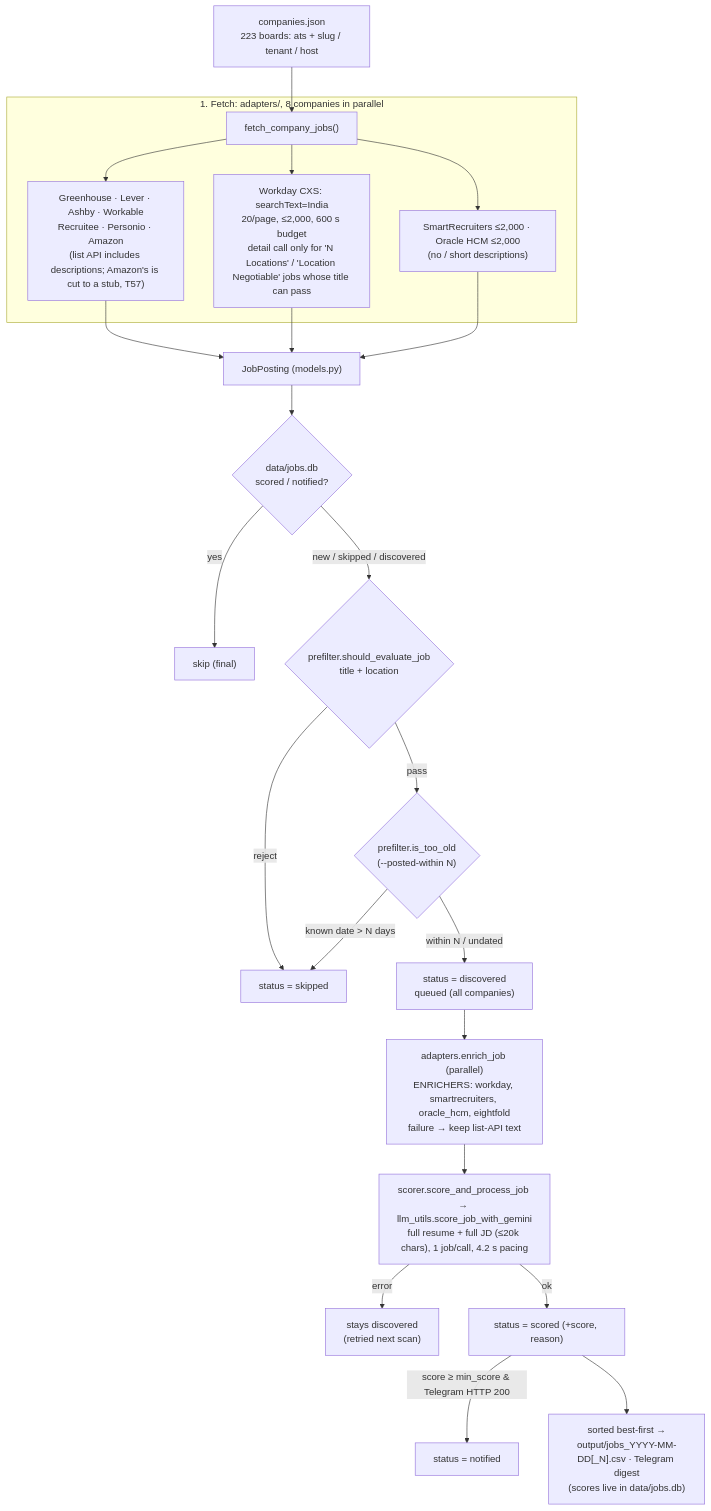
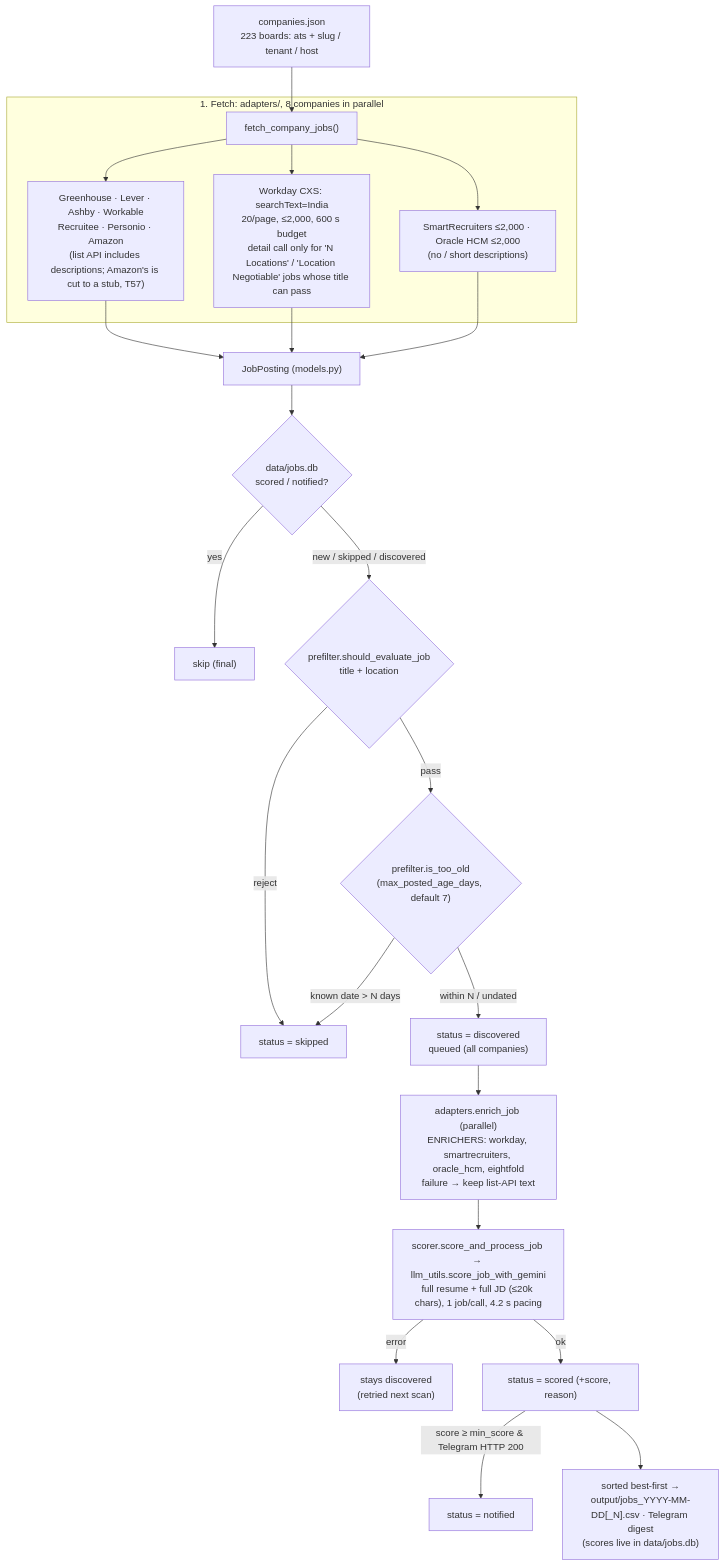
The diagram in ARCHITECTURE.md (Manish814142/rolesight), drawn with Mermaid before and after one commit. The commit also changed other lines of this file and 11 other files, not shown here.

````diff
--- a/ARCHITECTURE.md
+++ b/ARCHITECTURE.md
@@ -19,25 +19,25 @@
 ```mermaid
 flowchart TD
     COMP["companies.json<br/>223 boards: ats + slug / tenant / host"] --> FETCH
     subgraph Fetch ["1. Fetch: adapters/, 8 companies in parallel"]
         FETCH["fetch_company_jobs()"] --> LISTAPI["Greenhouse · Lever · Ashby · Workable<br/>Recruitee · Personio · Amazon<br/>(list API includes descriptions; Amazon's is cut to a stub, T57)"]
         FETCH --> WD["Workday CXS: searchText=India<br/>20/page, ≤2,000, 600 s budget<br/>detail call only for 'N Locations' / 'Location Negotiable' jobs whose title can pass"]
         FETCH --> SROH["SmartRecruiters ≤2,000 · Oracle HCM ≤2,000<br/>(no / short descriptions)"]
     end
     LISTAPI --> JP["JobPosting (models.py)"]
     WD --> JP
     SROH --> JP
     JP --> DEDUP{"data/jobs.db<br/>scored / notified?"}
     DEDUP -- yes --> SKIPF["skip (final)"]
     DEDUP -- "new / skipped / discovered" --> PF{"prefilter.should_evaluate_job<br/>title + location"}
     PF -- reject --> SKIPPED["status = skipped"]
-    PF -- pass --> AGE{"prefilter.is_too_old<br/>(--posted-within N)"}
+    PF -- pass --> AGE{"prefilter.is_too_old<br/>(max_posted_age_days, default 7)"}
     AGE -- "known date > N days" --> SKIPPED
     AGE -- "within N / undated" --> QUEUE["status = discovered<br/>queued (all companies)"]
     QUEUE --> ENRICH["adapters.enrich_job (parallel)<br/>ENRICHERS: workday, smartrecruiters, oracle_hcm, eightfold<br/>failure → keep list-API text"]
     ENRICH --> SCORE["scorer.score_and_process_job → llm_utils.score_job_with_gemini<br/>full resume + full JD (≤20k chars), 1 job/call, 4.2 s pacing"]
     SCORE -- error --> DISC["stays discovered<br/>(retried next scan)"]
     SCORE -- ok --> SCORED["status = scored (+score, reason)"]
     SCORED -- "score ≥ min_score & Telegram HTTP 200" --> NOTIFIED["status = notified"]
     SCORED --> OUT["sorted best-first →<br/>output/jobs_YYYY-MM-DD[_N].csv · Telegram digest<br/>(scores live in data/jobs.db)"]
 ```
````
